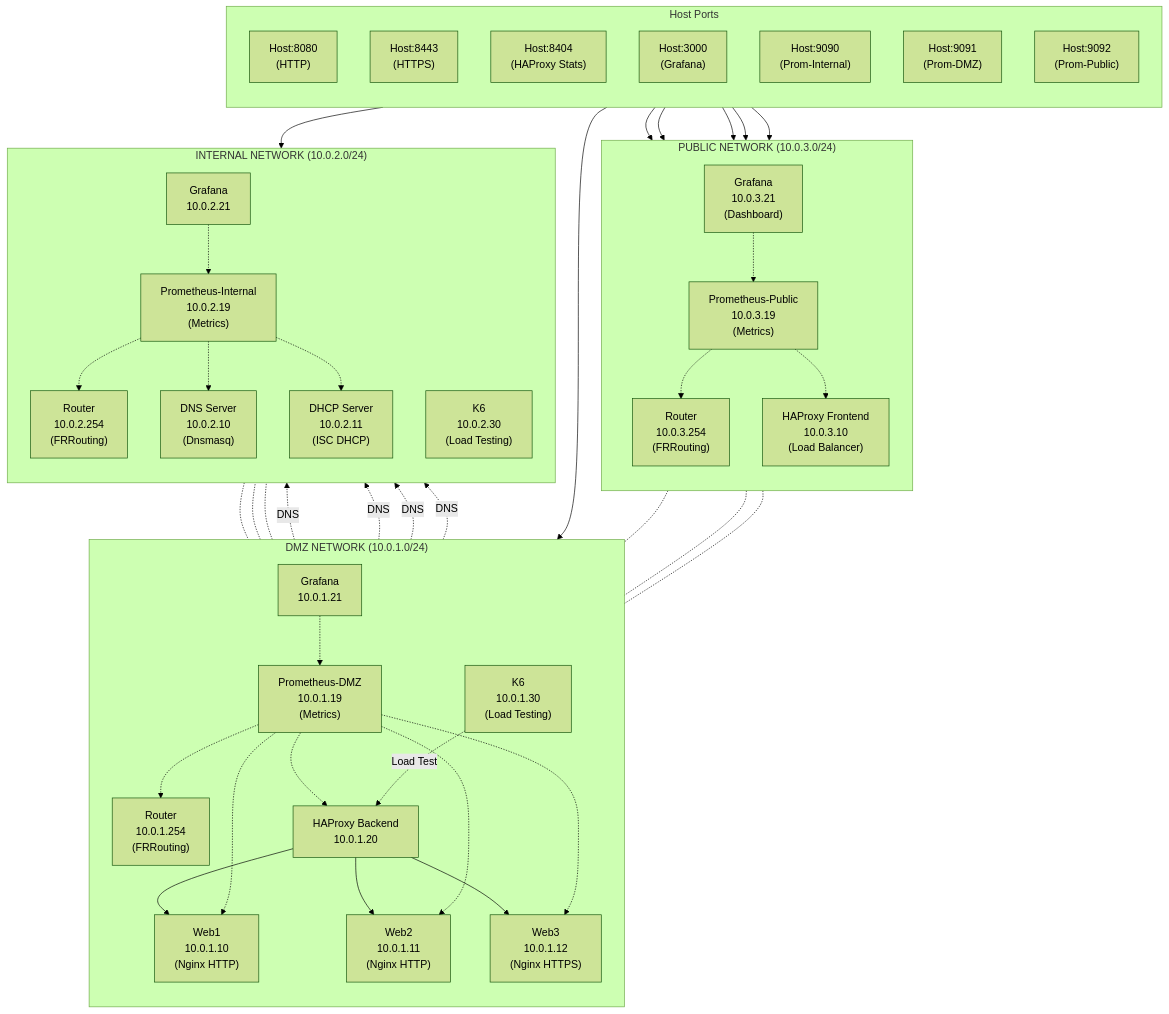
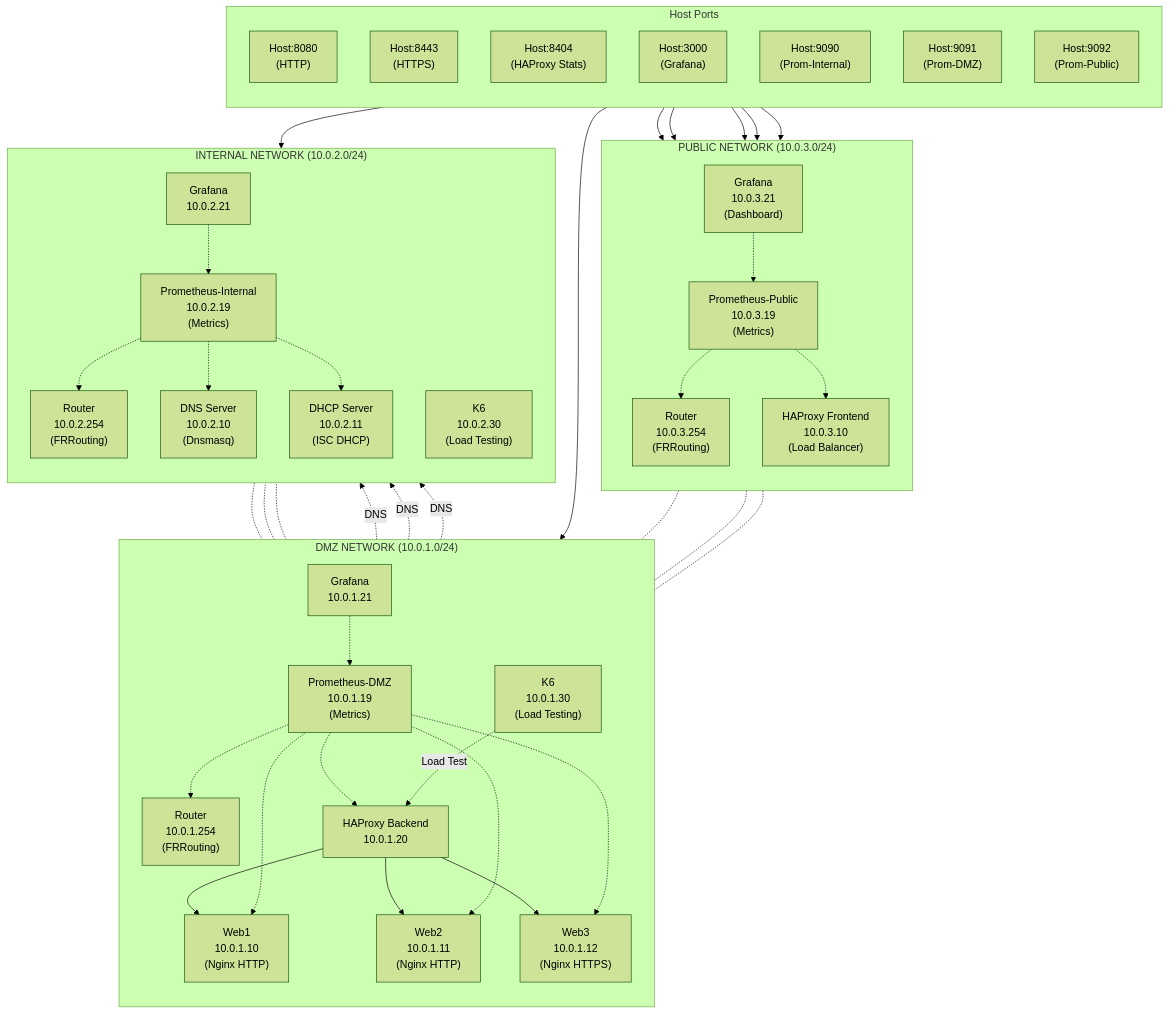
Before and after one commit to high-tail/study-network: the first of 6 diagrams in overview.md, drawn with Mermaid (forest theme). The commit also changed other lines of this file and 1 other file, not shown here.

```diff
--- a/overview.md
+++ b/overview.md
@@ -89,11 +89,11 @@
     Host9091 --> PrometheusDMZ
     Host9092 --> PrometheusPublic
 
-    %% DNS resolution
+    %% DNS resolution (logical dependency; DMZ containers use Docker's internal
+    %% resolver and cannot query 10.0.2.10 directly — test from netlab-k6 or netlab-dns)
     Web1 -.->|DNS| DNS
     Web2 -.->|DNS| DNS
     Web3 -.->|DNS| DNS
-    HAProxyDMZ -.->|DNS| DNS
 
     %% K6 load testing (dual-homed: Internal + DMZ)
     K6 -.- K6DMZ
```
